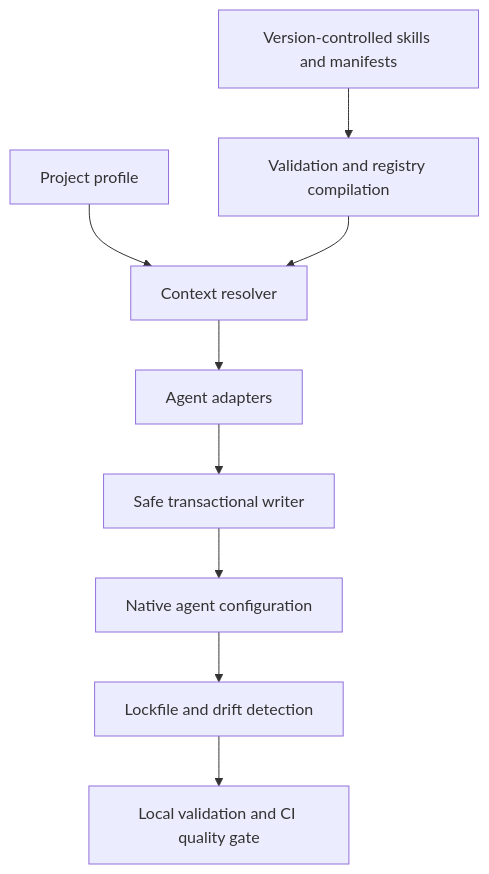
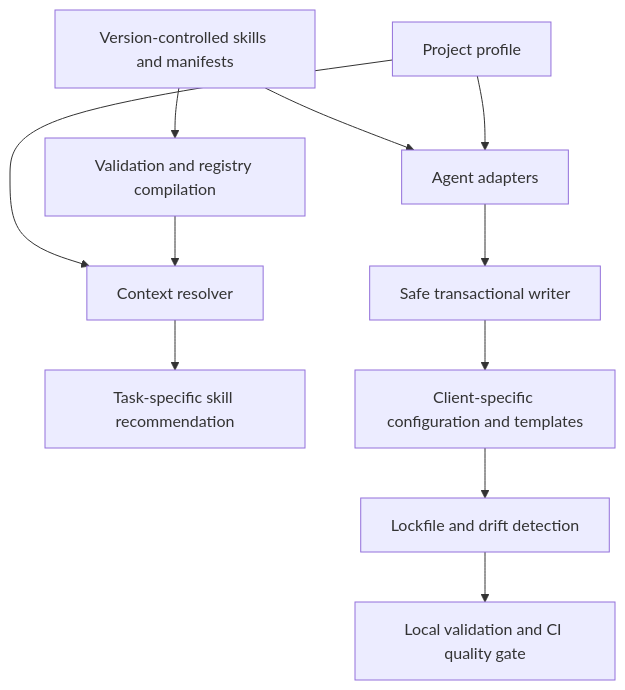
One commit to kok-o/contextos-agents changed the diagram in docs/ARCHITECTURE.md. Above: the diagram before and after it, drawn with Mermaid. The commit also changed other lines of this file and 169 other files, not shown here.

````diff
--- a/docs/ARCHITECTURE.md
+++ b/docs/ARCHITECTURE.md
@@ -11,11 +11,13 @@
 ```mermaid
 flowchart TD
     A[Version-controlled skills and manifests] --> B[Validation and registry compilation]
     C[Project profile] --> D[Context resolver]
     B --> D
-    D --> E[Agent adapters]
+    D --> J[Task-specific skill recommendation]
+    A --> E[Agent adapters]
+    C --> E
     E --> F[Safe transactional writer]
-    F --> G[Native agent configuration]
+    F --> G[Client-specific configuration and templates]
     G --> H[Lockfile and drift detection]
     H --> I[Local validation and CI quality gate]
 ```
````
